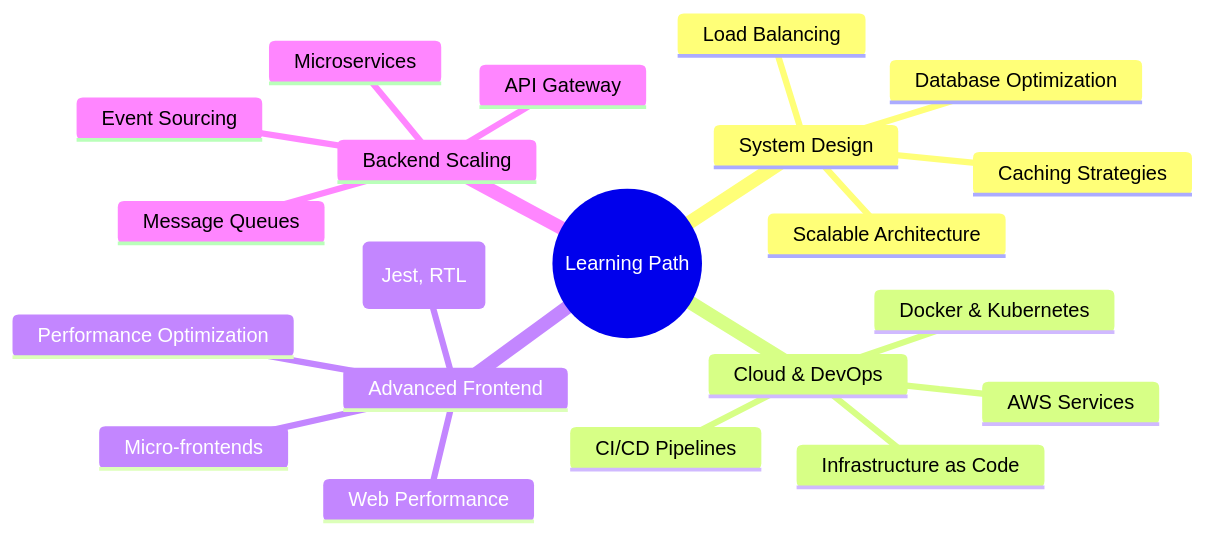
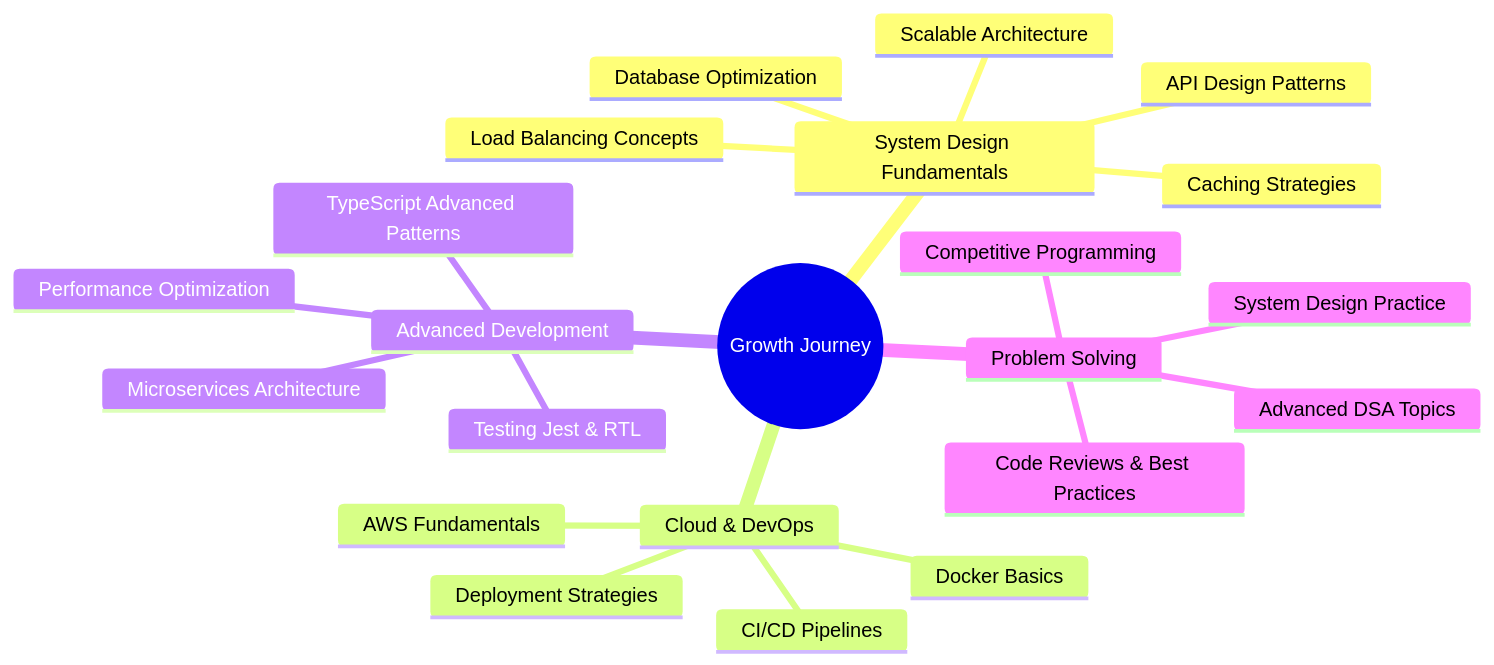
The diagram in README.md (Theapsaurabh/Theapsaurabh), drawn with Mermaid before and after one commit. The commit also changed other lines of this file, not shown here.

````diff
--- a/README.md
+++ b/README.md
@@ -327,24 +358,25 @@
 ```mermaid
 mindmap
-  root((Learning Path))
-    System Design
+  root((Growth Journey))
+    System Design Fundamentals
       Scalable Architecture
-      Load Balancing
+      Load Balancing Concepts
       Database Optimization
       Caching Strategies
+      API Design Patterns
     Cloud & DevOps
-      Docker & Kubernetes
-      AWS Services
+      Docker Basics
+      AWS Fundamentals
       CI/CD Pipelines
-      Infrastructure as Code
-    Advanced Frontend
+      Deployment Strategies
+    Advanced Development
       Performance Optimization
-      Testing (Jest, RTL)
-      Micro-frontends
-      Web Performance
-    Backend Scaling
-      Microservices
-      Message Queues
-      Event Sourcing
-      API Gateway
+      Testing Jest & RTL
+      TypeScript Advanced Patterns
+      Microservices Architecture
+    Problem Solving
+      Advanced DSA Topics
+      System Design Practice
+      Competitive Programming
+      Code Reviews & Best Practices
 ```
````
